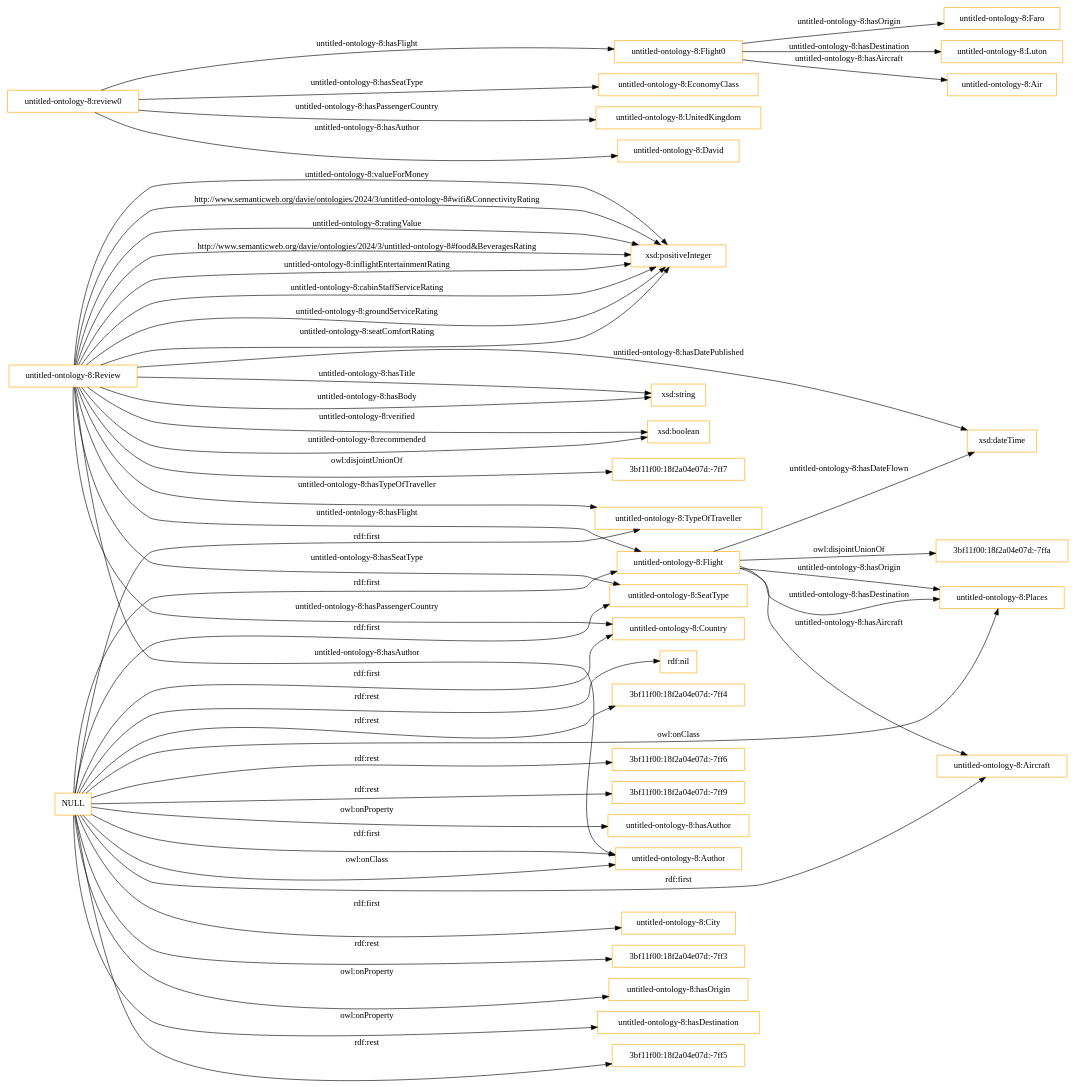
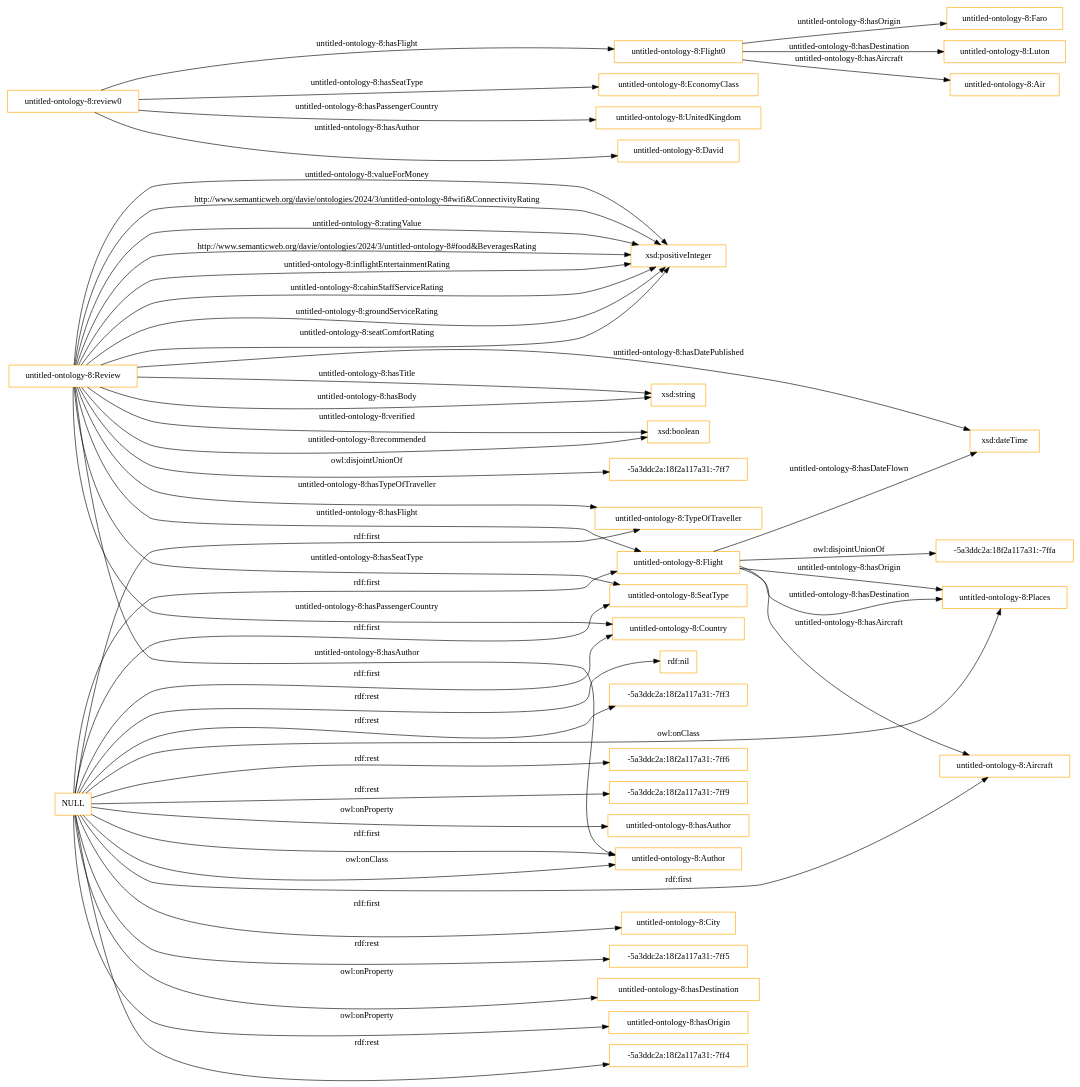
The diagram in OnToology/RC_PEC2.rdf/diagrams/ar2dtool-class/RC_PEC2.rdf.png.dot (blacknole/RC_PEC2), drawn with Graphviz before and after one commit. The commit also changed 2 other files, not shown here.

```diff
--- a/OnToology/RC_PEC2.rdf/diagrams/ar2dtool-class/RC_PEC2.rdf.png.dot
+++ b/OnToology/RC_PEC2.rdf/diagrams/ar2dtool-class/RC_PEC2.rdf.png.dot
@@ -1,55 +1,55 @@
 digraph ar2dtool_diagram { 
 rankdir=LR;
 size="1501"
 node [shape = rectangle, color="orange"]; "untitled-ontology-8:TypeOfTraveller" "untitled-ontology-8:Author" "untitled-ontology-8:Review" "untitled-ontology-8:SeatType" "untitled-ontology-8:Flight" "untitled-ontology-8:Aircraft" "untitled-ontology-8:Country" "untitled-ontology-8:Places" "untitled-ontology-8:City" ; /*classes style*/
-	"NULL" -> "3bf11f00:18f2a04e07d:-7ff3" [ label = "rdf:rest" ];
+	"NULL" -> "-5a3ddc2a:18f2a117a31:-7ff5" [ label = "rdf:rest" ];
 	"NULL" -> "untitled-ontology-8:Author" [ label = "rdf:first" ];
 	"NULL" -> "untitled-ontology-8:Flight" [ label = "rdf:first" ];
 	"NULL" -> "untitled-ontology-8:City" [ label = "rdf:first" ];
-	"NULL" -> "untitled-ontology-8:hasOrigin" [ label = "owl:onProperty" ];
 	"NULL" -> "untitled-ontology-8:hasDestination" [ label = "owl:onProperty" ];
 	"NULL" -> "untitled-ontology-8:SeatType" [ label = "rdf:first" ];
 	"NULL" -> "untitled-ontology-8:Country" [ label = "rdf:first" ];
-	"NULL" -> "3bf11f00:18f2a04e07d:-7ff5" [ label = "rdf:rest" ];
+	"NULL" -> "untitled-ontology-8:hasOrigin" [ label = "owl:onProperty" ];
+	"NULL" -> "-5a3ddc2a:18f2a117a31:-7ff4" [ label = "rdf:rest" ];
 	"NULL" -> "untitled-ontology-8:Aircraft" [ label = "rdf:first" ];
 	"NULL" -> "untitled-ontology-8:Author" [ label = "owl:onClass" ];
 	"NULL" -> "rdf:nil" [ label = "rdf:rest" ];
-	"NULL" -> "3bf11f00:18f2a04e07d:-7ff4" [ label = "rdf:rest" ];
+	"NULL" -> "-5a3ddc2a:18f2a117a31:-7ff3" [ label = "rdf:rest" ];
+	"NULL" -> "-5a3ddc2a:18f2a117a31:-7ff6" [ label = "rdf:rest" ];
+	"NULL" -> "-5a3ddc2a:18f2a117a31:-7ff9" [ label = "rdf:rest" ];
 	"NULL" -> "untitled-ontology-8:Places" [ label = "owl:onClass" ];
 	"NULL" -> "untitled-ontology-8:TypeOfTraveller" [ label = "rdf:first" ];
-	"NULL" -> "3bf11f00:18f2a04e07d:-7ff6" [ label = "rdf:rest" ];
-	"NULL" -> "3bf11f00:18f2a04e07d:-7ff9" [ label = "rdf:rest" ];
 	"NULL" -> "untitled-ontology-8:hasAuthor" [ label = "owl:onProperty" ];
-	"untitled-ontology-8:Flight" -> "3bf11f00:18f2a04e07d:-7ffa" [ label = "owl:disjointUnionOf" ];
-	"untitled-ontology-8:Review" -> "3bf11f00:18f2a04e07d:-7ff7" [ label = "owl:disjointUnionOf" ];
+	"untitled-ontology-8:Flight" -> "-5a3ddc2a:18f2a117a31:-7ffa" [ label = "owl:disjointUnionOf" ];
+	"untitled-ontology-8:Review" -> "-5a3ddc2a:18f2a117a31:-7ff7" [ label = "owl:disjointUnionOf" ];
 	"untitled-ontology-8:Flight0" -> "untitled-ontology-8:Faro" [ label = "untitled-ontology-8:hasOrigin" ];
 	"untitled-ontology-8:Flight0" -> "untitled-ontology-8:Luton" [ label = "untitled-ontology-8:hasDestination" ];
 	"untitled-ontology-8:Flight0" -> "untitled-ontology-8:Air" [ label = "untitled-ontology-8:hasAircraft" ];
 	"untitled-ontology-8:review0" -> "untitled-ontology-8:EconomyClass" [ label = "untitled-ontology-8:hasSeatType" ];
 	"untitled-ontology-8:review0" -> "untitled-ontology-8:Flight0" [ label = "untitled-ontology-8:hasFlight" ];
 	"untitled-ontology-8:review0" -> "untitled-ontology-8:UnitedKingdom" [ label = "untitled-ontology-8:hasPassengerCountry" ];
 	"untitled-ontology-8:review0" -> "untitled-ontology-8:David" [ label = "untitled-ontology-8:hasAuthor" ];
 	"untitled-ontology-8:Review" -> "xsd:string" [ label = "untitled-ontology-8:hasTitle" ];
 	"untitled-ontology-8:Review" -> "untitled-ontology-8:SeatType" [ label = "untitled-ontology-8:hasSeatType" ];
 	"untitled-ontology-8:Review" -> "xsd:positiveInteger" [ label = "untitled-ontology-8:seatComfortRating" ];
 	"untitled-ontology-8:Review" -> "untitled-ontology-8:Author" [ label = "untitled-ontology-8:hasAuthor" ];
 	"untitled-ontology-8:Review" -> "xsd:string" [ label = "untitled-ontology-8:hasBody" ];
 	"untitled-ontology-8:Review" -> "untitled-ontology-8:Country" [ label = "untitled-ontology-8:hasPassengerCountry" ];
 	"untitled-ontology-8:Review" -> "xsd:positiveInteger" [ label = "untitled-ontology-8:valueForMoney" ];
 	"untitled-ontology-8:Flight" -> "untitled-ontology-8:Aircraft" [ label = "untitled-ontology-8:hasAircraft" ];
 	"untitled-ontology-8:Review" -> "xsd:boolean" [ label = "untitled-ontology-8:verified" ];
 	"untitled-ontology-8:Flight" -> "untitled-ontology-8:Places" [ label = "untitled-ontology-8:hasOrigin" ];
 	"untitled-ontology-8:Flight" -> "untitled-ontology-8:Places" [ label = "untitled-ontology-8:hasDestination" ];
 	"untitled-ontology-8:Review" -> "untitled-ontology-8:TypeOfTraveller" [ label = "untitled-ontology-8:hasTypeOfTraveller" ];
 	"untitled-ontology-8:Review" -> "xsd:positiveInteger" [ label = "http://www.semanticweb.org/davie/ontologies/2024/3/untitled-ontology-8#wifi&ConnectivityRating" ];
 	"untitled-ontology-8:Review" -> "xsd:boolean" [ label = "untitled-ontology-8:recommended" ];
 	"untitled-ontology-8:Review" -> "xsd:dateTime" [ label = "untitled-ontology-8:hasDatePublished" ];
 	"untitled-ontology-8:Review" -> "xsd:positiveInteger" [ label = "untitled-ontology-8:ratingValue" ];
 	"untitled-ontology-8:Review" -> "untitled-ontology-8:Flight" [ label = "untitled-ontology-8:hasFlight" ];
 	"untitled-ontology-8:Flight" -> "xsd:dateTime" [ label = "untitled-ontology-8:hasDateFlown" ];
 	"untitled-ontology-8:Review" -> "xsd:positiveInteger" [ label = "http://www.semanticweb.org/davie/ontologies/2024/3/untitled-ontology-8#food&BeveragesRating" ];
 	"untitled-ontology-8:Review" -> "xsd:positiveInteger" [ label = "untitled-ontology-8:inflightEntertainmentRating" ];
 	"untitled-ontology-8:Review" -> "xsd:positiveInteger" [ label = "untitled-ontology-8:cabinStaffServiceRating" ];
 	"untitled-ontology-8:Review" -> "xsd:positiveInteger" [ label = "untitled-ontology-8:groundServiceRating" ];
 
 }
```
